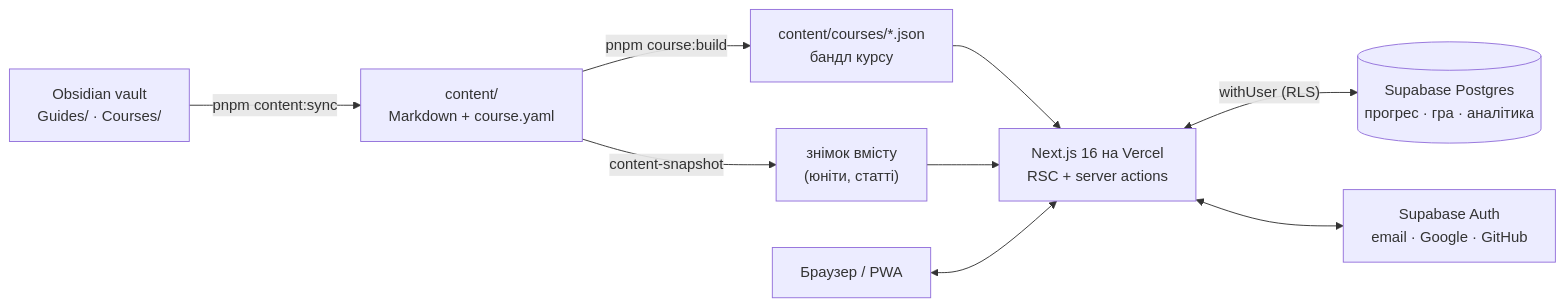
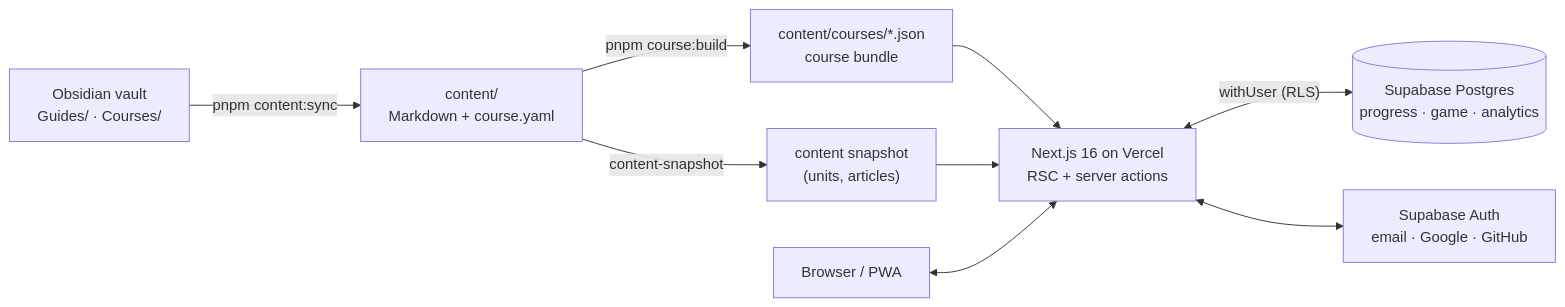
One commit to yaroslav-tsarenko/loo changed the diagram in README.md. Above: the diagram before and after it, drawn with Mermaid. The commit also changed other lines of this file and 1 other file, not shown here.

````diff
--- a/README.md
+++ b/README.md
@@ -134,11 +85,11 @@
 ```mermaid
 flowchart LR
   vault["Obsidian vault<br/>Guides/ · Courses/"] -->|pnpm content:sync| content["content/<br/>Markdown + course.yaml"]
-  content -->|pnpm course:build| bundle["content/courses/*.json<br/>бандл курсу"]
-  content -->|content-snapshot| snap["знімок вмісту<br/>(юніти, статті)"]
-  bundle --> app["Next.js 16 на Vercel<br/>RSC + server actions"]
+  content -->|pnpm course:build| bundle["content/courses/*.json<br/>course bundle"]
+  content -->|content-snapshot| snap["content snapshot<br/>(units, articles)"]
+  bundle --> app["Next.js 16 on Vercel<br/>RSC + server actions"]
   snap --> app
-  app <-->|"withUser (RLS)"| db[("Supabase Postgres<br/>прогрес · гра · аналітика")]
+  app <-->|"withUser (RLS)"| db[("Supabase Postgres<br/>progress · game · analytics")]
   app <--> auth["Supabase Auth<br/>email · Google · GitHub"]
-  browser["Браузер / PWA"] <--> app
+  browser["Browser / PWA"] <--> app
 ```
````
